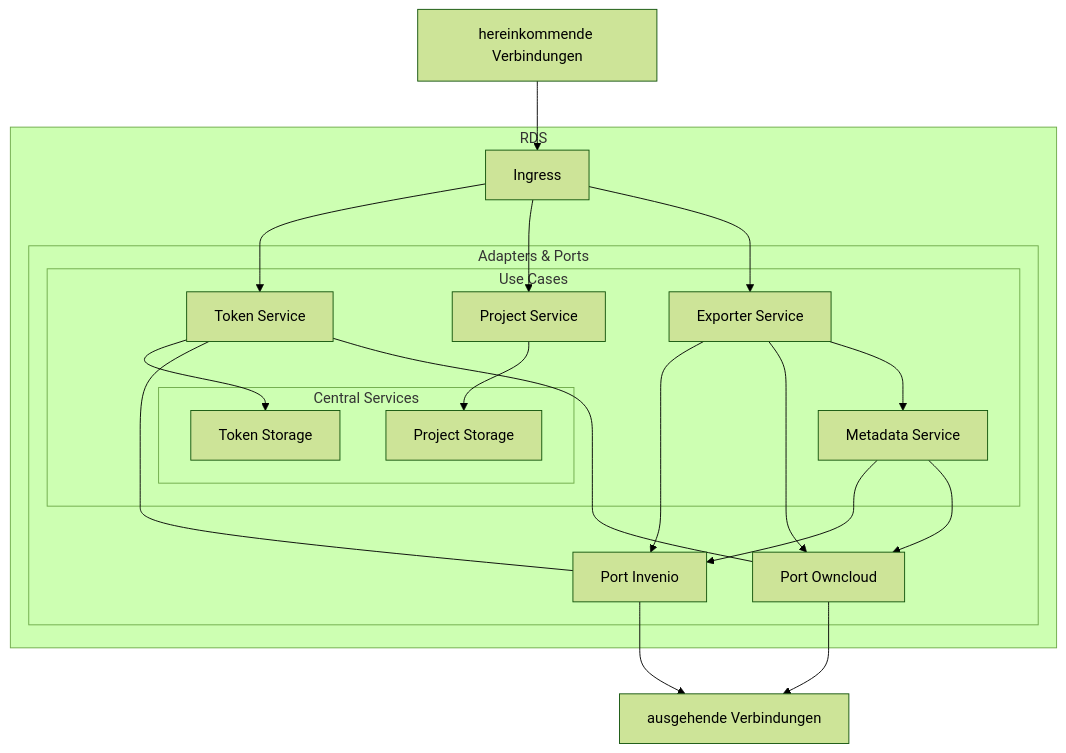
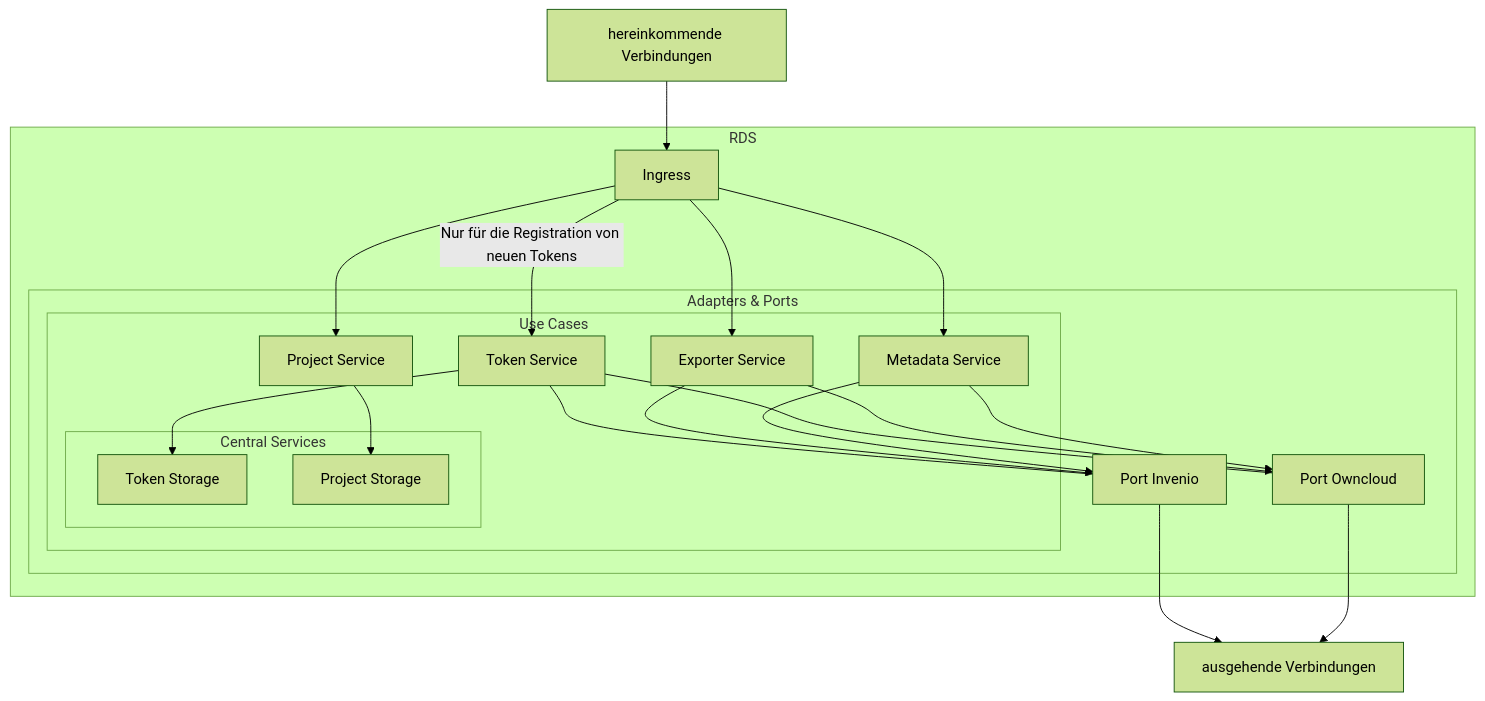
Before and after one commit to Sciebo-RDS/Sciebo-RDS: the diagram in docs/content/doc/arc42/ecosystem.de.md, drawn with Mermaid (forest theme). The commit also changed 2 other files, not shown here.

Commit message:
remove readme in plugin

````diff
--- a/docs/content/doc/arc42/ecosystem.de.md
+++ b/docs/content/doc/arc42/ecosystem.de.md
@@ -16,61 +16,61 @@
 ```mermaid
 graph TD;
   %% define nodes
 
   WWWI[hereinkommende Verbindungen]
 
   subgraph RDS
     Ingress
 
     subgraph Adapters & Ports
       %% SPAEx[SPA Exporter]
       %% SPATS[SPA Token Storage]
 
       PInvenio[Port Invenio]
       POwncloud[Port Owncloud]
 
       subgraph Use Cases
         UCExporter[Exporter Service]
         UCToken[Token Service]
         UCMetadata[Metadata Service]
         UCProject[Project Service]
 
         subgraph Central Services
           CSToken[Token Storage]
           CSProject[Project Storage]
         end
       end
     end
   end
 
   WWWO[ausgehende Verbindungen]
 
   click SPAEx "/de/doc/impl/adapters/spa-exporter/"
   click SPATS "/de/doc/impl/adapters/spa-token-storage"
   click UCExporter "/de/doc/impl/use-cases/exporter"
   click UCToken "/de/doc/impl/use-cases/token-service"
   click CSToken "/de/doc/impl/central/token-storage"
   click CSProject "/de/doc/impl/central/project-manager"
   click PInvenio "/de/doc/impl/ports/port-invenio"
   click POwncloud "/de/doc/impl/ports/port-storage"
 
   %% define connections
   WWWI --> Ingress
 
   %% Ingress --> SPAEx --> UCExporter
   %% Ingress --> SPATS --> CSToken
-  Ingress --> UCToken & UCProject & UCExporter
+  Ingress -->|Nur für die Registration von neuen Tokens| UCToken
+  Ingress --> UCProject & UCExporter & UCMetadata
 
   %% UCExporter --> UCProject
-  UCExporter --> PInvenio & POwncloud & UCMetadata
   UCProject --> CSProject
+  UCToken --> CSToken
 
-  UCToken --> CSToken
   UCToken --- PInvenio & POwncloud
-  UCMetadata --> PInvenio & POwncloud
+  UCExporter & UCMetadata --> PInvenio & POwncloud
 
   %% PInvenio --> POwncloud
 
   PInvenio --> WWWO
   POwncloud --> WWWO
 ```
````
